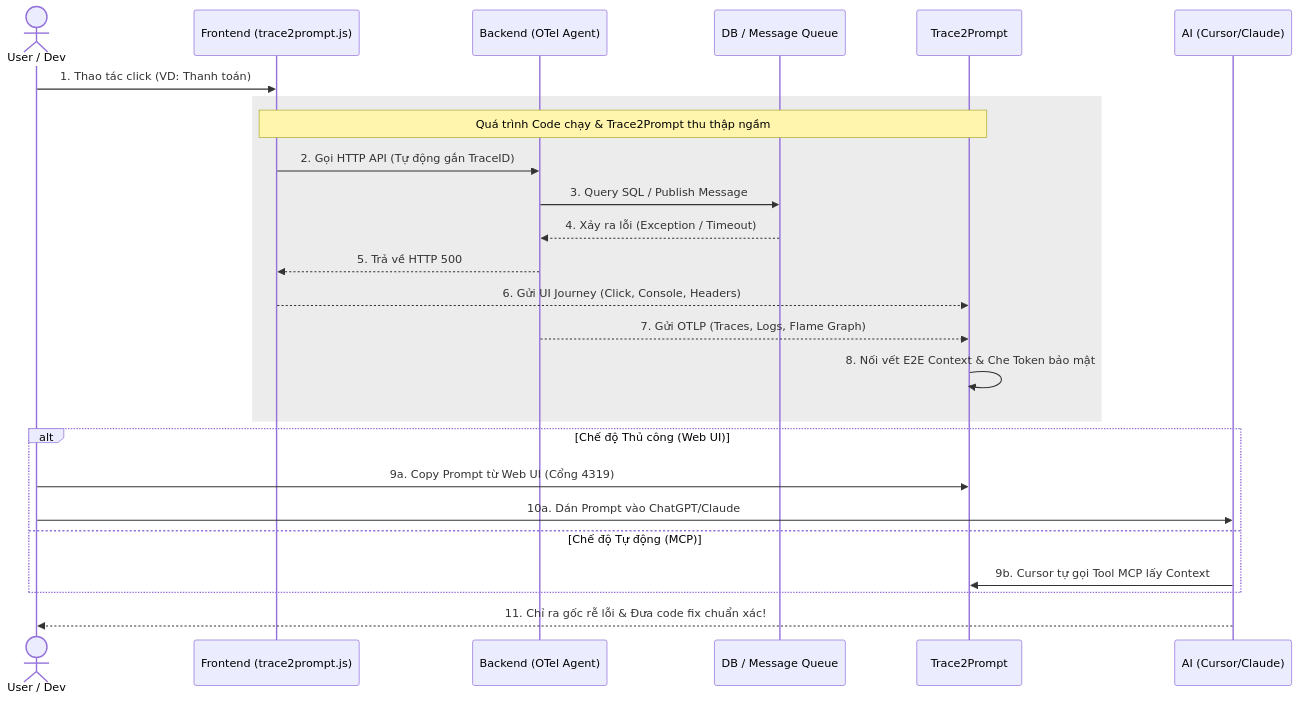
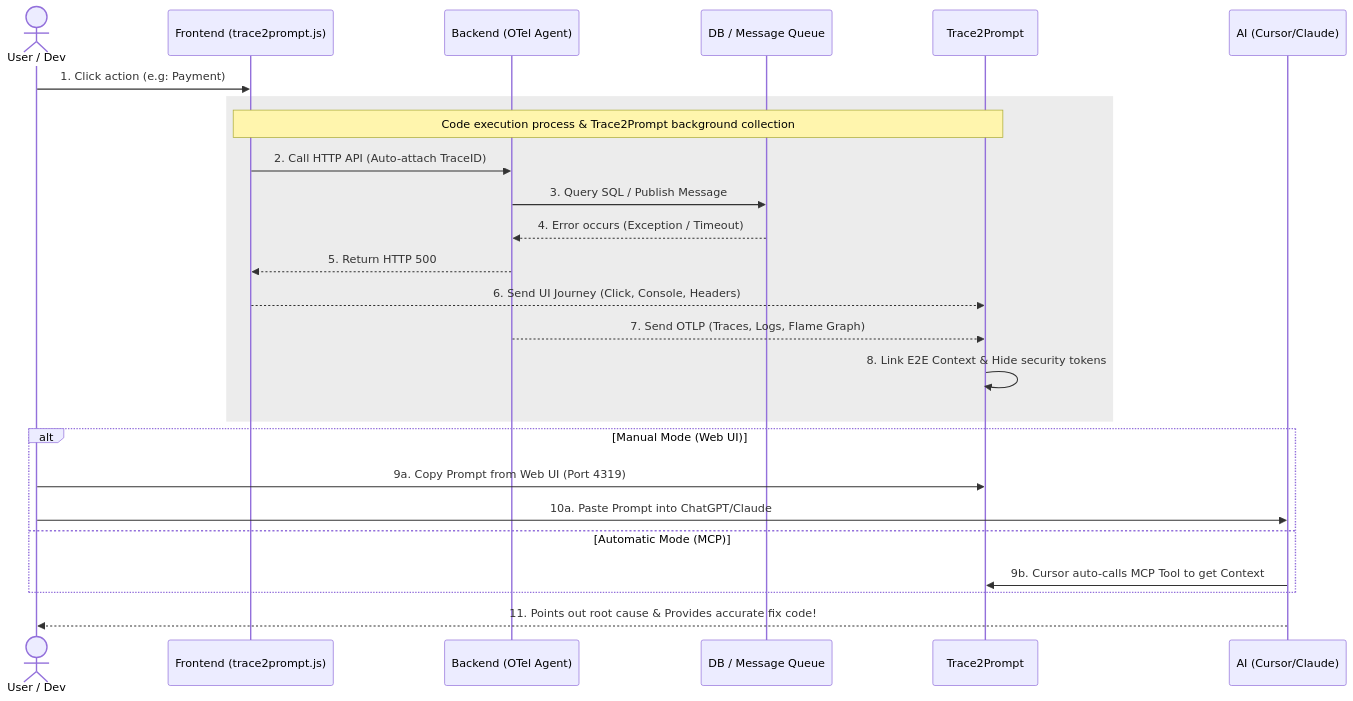
The diagram in README.md (thuanDaoSE/trace2prompt), drawn with Mermaid before and after one commit. The commit also changed other lines of this file and 2 other files, not shown here.

````diff
--- a/README.md
+++ b/README.md
@@ -37,32 +39,32 @@
 ```mermaid
 sequenceDiagram
     actor Dev as User / Dev
     participant FE as Frontend (trace2prompt.js)
     participant BE as Backend (OTel Agent)
     participant DB as DB / Message Queue
     participant T2P as Trace2Prompt
     participant AI as AI (Cursor/Claude)
 
-    Dev->>FE: 1. Thao tác click (VD: Thanh toán)
+    Dev->>FE: 1. Click action (e.g: Payment)
 
     rect rgba(128, 128, 128, 0.15)
-    Note over FE, T2P: Quá trình Code chạy & Trace2Prompt thu thập ngầm
-    FE->>BE: 2. Gọi HTTP API (Tự động gắn TraceID)
+    Note over FE, T2P: Code execution process & Trace2Prompt background collection
+    FE->>BE: 2. Call HTTP API (Auto-attach TraceID)
     BE->>DB: 3. Query SQL / Publish Message
-    DB-->>BE: 4. Xảy ra lỗi (Exception / Timeout)
-    BE-->>FE: 5. Trả về HTTP 500
+    DB-->>BE: 4. Error occurs (Exception / Timeout)
+    BE-->>FE: 5. Return HTTP 500
 
-    FE-->>T2P: 6. Gửi UI Journey (Click, Console, Headers)
-    BE-->>T2P: 7. Gửi OTLP (Traces, Logs, Flame Graph)
-    T2P->>T2P: 8. Nối vết E2E Context & Che Token bảo mật
+    FE-->>T2P: 6. Send UI Journey (Click, Console, Headers)
+    BE-->>T2P: 7. Send OTLP (Traces, Logs, Flame Graph)
+    T2P->>T2P: 8. Link E2E Context & Hide security tokens
     end
 
-    alt Chế độ Thủ công (Web UI)
-        Dev->>T2P: 9a. Copy Prompt từ Web UI (Cổng 4319)
-        Dev->>AI: 10a. Dán Prompt vào ChatGPT/Claude
-    else Chế độ Tự động (MCP)
-        AI->>T2P: 9b. Cursor tự gọi Tool MCP lấy Context
+    alt Manual Mode (Web UI)
+        Dev->>T2P: 9a. Copy Prompt from Web UI (Port 4319)
+        Dev->>AI: 10a. Paste Prompt into ChatGPT/Claude
+    else Automatic Mode (MCP)
+        AI->>T2P: 9b. Cursor auto-calls MCP Tool to get Context
     end
 
-    AI-->>Dev: 11. Chỉ ra gốc rễ lỗi & Đưa code fix chuẩn xác!
+    AI-->>Dev: 11. Points out root cause & Provides accurate fix code!
 ```
````
